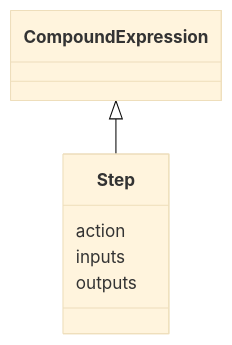
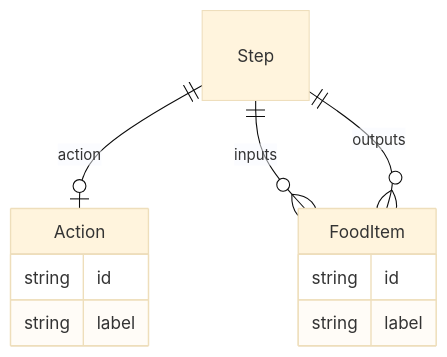
One commit to monarch-initiative/ontogpt changed the diagram in docs/recipe/Step.md. Above: the diagram before and after it, drawn with Mermaid (base theme). The commit also changed 52 other files, not shown here.

````diff
--- a/docs/recipe/Step.md
+++ b/docs/recipe/Step.md
@@ -8,10 +8,19 @@
 ```mermaid
- classDiagram
-    class Step
-      CompoundExpression <|-- Step
-      
-      Step : action
-      Step : inputs
-      Step : outputs
-      
+erDiagram
+Step {
+
+}
+FoodItem {
+    string id  
+    string label  
+}
+Action {
+    string id  
+    string label  
+}
+
+Step ||--|o Action : "action"
+Step ||--}o FoodItem : "inputs"
+Step ||--}o FoodItem : "outputs"
+
 ```
````
